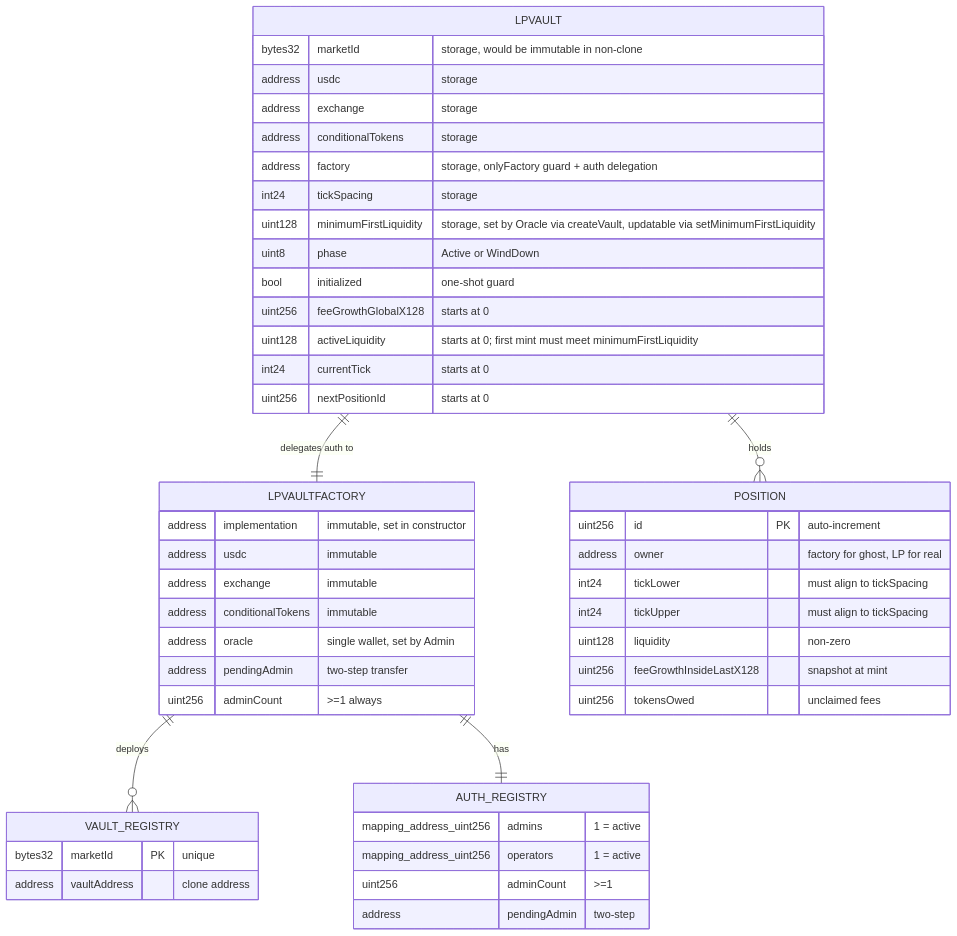
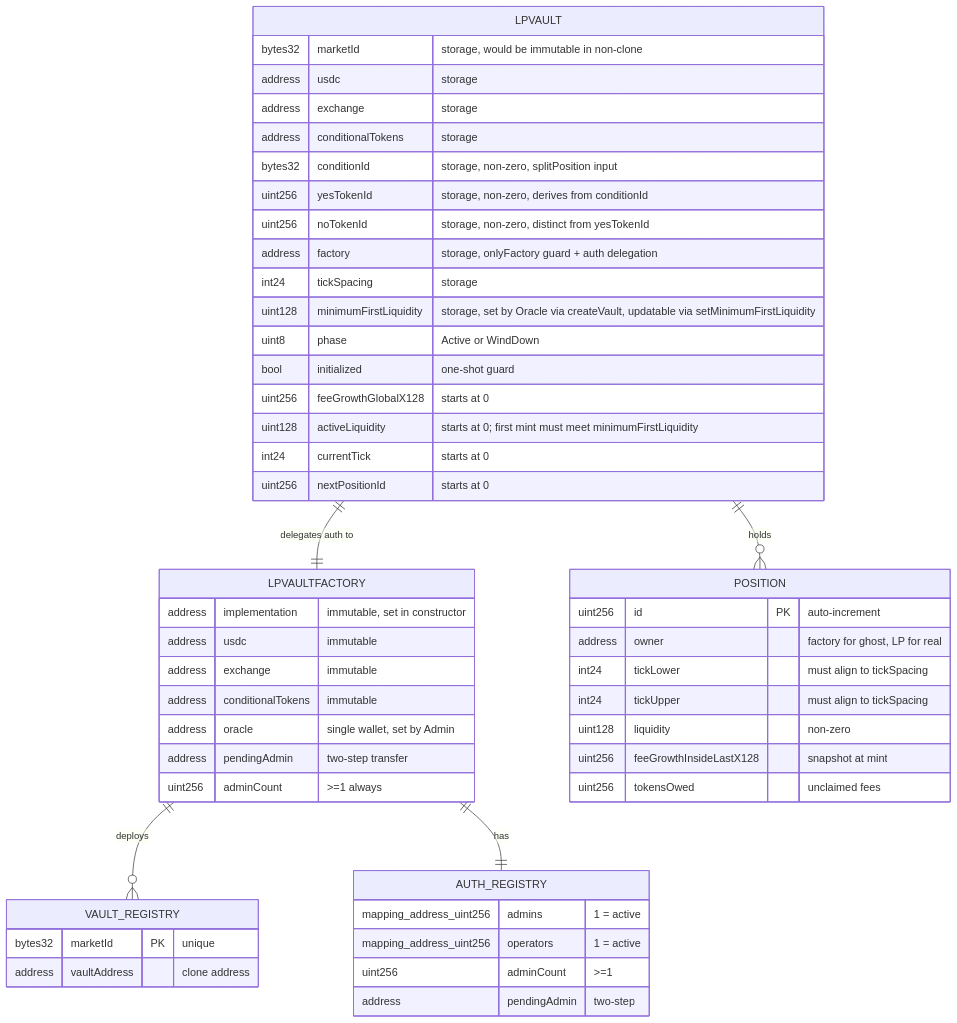
One commit to ProphetMarket/lp-vaults changed the third of 4 diagrams in specs/features/contracts/FEAT-REPZ-deploy-lp-vault-for-a-market/ARCHITECTURE.md. Above: the diagram before and after it, drawn with Mermaid. The commit also changed other lines of this file and 27 other files, not shown here.

````diff
--- a/specs/features/contracts/FEAT-REPZ-deploy-lp-vault-for-a-market/ARCHITECTURE.md
+++ b/specs/features/contracts/FEAT-REPZ-deploy-lp-vault-for-a-market/ARCHITECTURE.md
@@ -62,50 +62,53 @@
 ```mermaid
 erDiagram
     LPVAULTFACTORY {
         address implementation "immutable, set in constructor"
         address usdc "immutable"
         address exchange "immutable"
         address conditionalTokens "immutable"
         address oracle "single wallet, set by Admin"
         address pendingAdmin "two-step transfer"
         uint256 adminCount ">=1 always"
     }
     LPVAULTFACTORY ||--o{ VAULT_REGISTRY : "deploys"
     VAULT_REGISTRY {
         bytes32 marketId PK "unique"
         address vaultAddress "clone address"
     }
     LPVAULT {
         bytes32 marketId "storage, would be immutable in non-clone"
         address usdc "storage"
         address exchange "storage"
         address conditionalTokens "storage"
+        bytes32 conditionId "storage, non-zero, splitPosition input"
+        uint256 yesTokenId "storage, non-zero, derives from conditionId"
+        uint256 noTokenId "storage, non-zero, distinct from yesTokenId"
         address factory "storage, onlyFactory guard + auth delegation"
         int24 tickSpacing "storage"
         uint128 minimumFirstLiquidity "storage, set by Oracle via createVault, updatable via setMinimumFirstLiquidity"
         uint8 phase "Active or WindDown"
         bool initialized "one-shot guard"
         uint256 feeGrowthGlobalX128 "starts at 0"
         uint128 activeLiquidity "starts at 0; first mint must meet minimumFirstLiquidity"
         int24 currentTick "starts at 0"
         uint256 nextPositionId "starts at 0"
     }
     LPVAULT ||--o{ POSITION : "holds"
     POSITION {
         uint256 id PK "auto-increment"
         address owner "factory for ghost, LP for real"
         int24 tickLower "must align to tickSpacing"
         int24 tickUpper "must align to tickSpacing"
         uint128 liquidity "non-zero"
         uint256 feeGrowthInsideLastX128 "snapshot at mint"
         uint256 tokensOwed "unclaimed fees"
     }
     AUTH_REGISTRY {
         mapping_address_uint256 admins "1 = active"
         mapping_address_uint256 operators "1 = active"
         uint256 adminCount ">=1"
         address pendingAdmin "two-step"
     }
     LPVAULTFACTORY ||--|| AUTH_REGISTRY : "has"
     LPVAULT ||--|| LPVAULTFACTORY : "delegates auth to"
 ```
````
